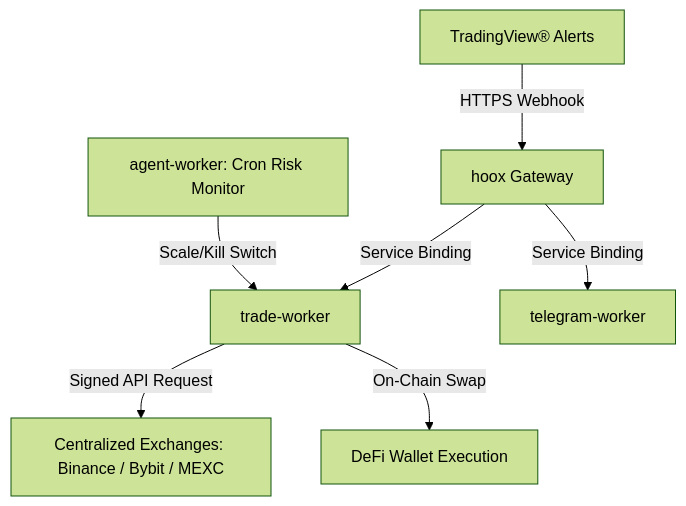
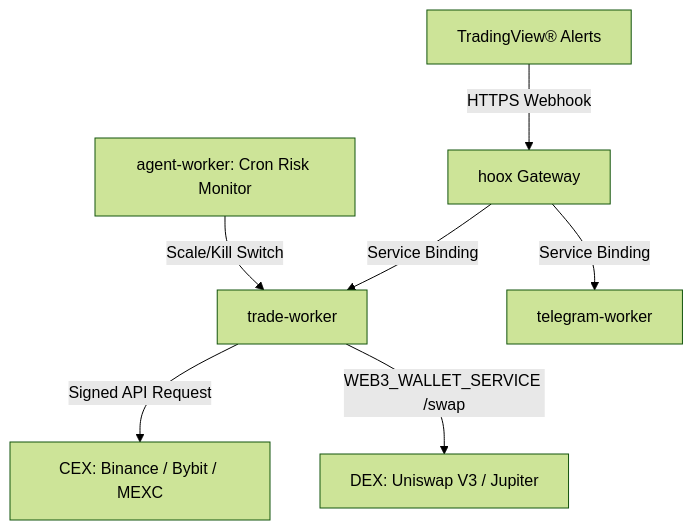
The diagram in docs/enduser/index.mdx (gitlqhlin/hoox), drawn with Mermaid (forest theme) before and after one commit. The commit also changed other lines of this file and 42 other files, not shown here.

````diff
--- a/docs/enduser/index.mdx
+++ b/docs/enduser/index.mdx
@@ -15,9 +15,9 @@
 ```mermaid
 graph TD
     TV[TradingView® Alerts] -->|HTTPS Webhook| GW[hoox Gateway]
     GW -->|Service Binding| TW[trade-worker]
     GW -->|Service Binding| TGW[telegram-worker]
-    TW -->|Signed API Request| CentralizedEx[Centralized Exchanges: Binance / Bybit / MEXC]
-    TW -->|On-Chain Swap| Web3Wallet[DeFi Wallet Execution]
+    TW -->|Signed API Request| CentralizedEx[CEX: Binance / Bybit / MEXC]
+    TW -->|WEB3_WALLET_SERVICE /swap| Web3Wallet[DEX: Uniswap V3 / Jupiter]
     AW[agent-worker: Cron Risk Monitor] -->|Scale/Kill Switch| TW
 ```
````
